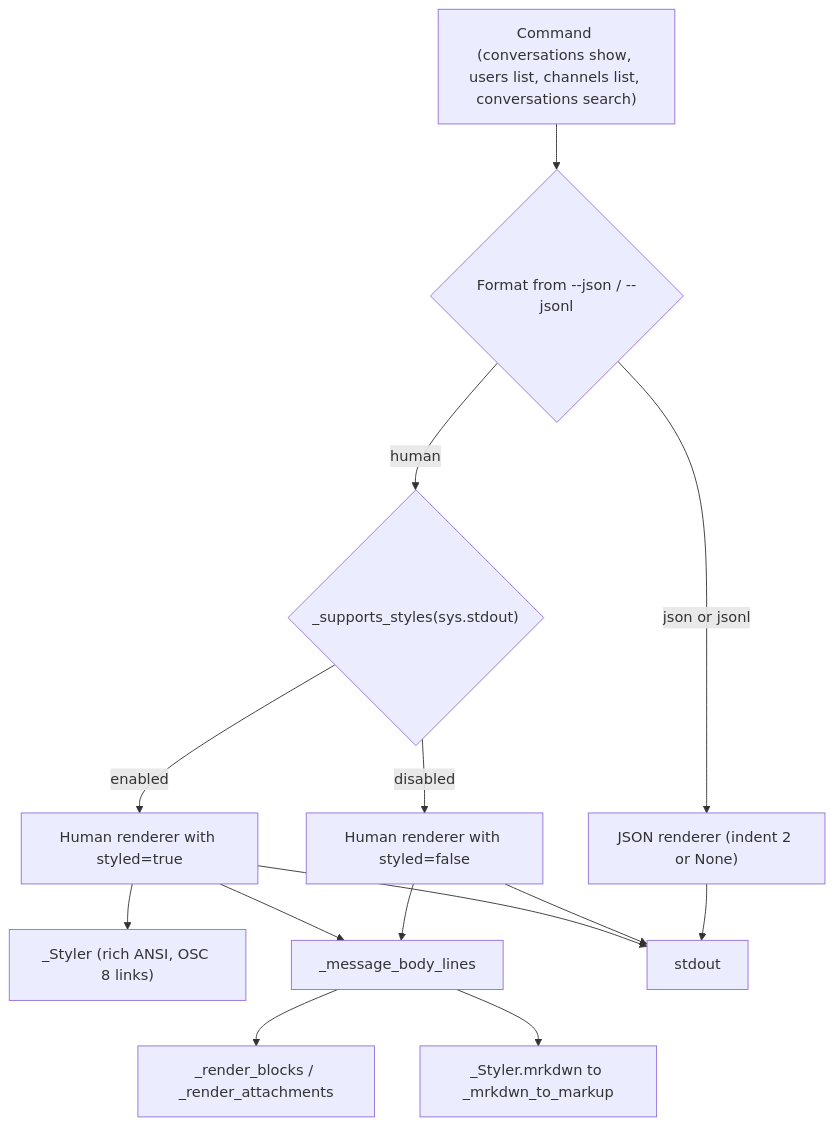
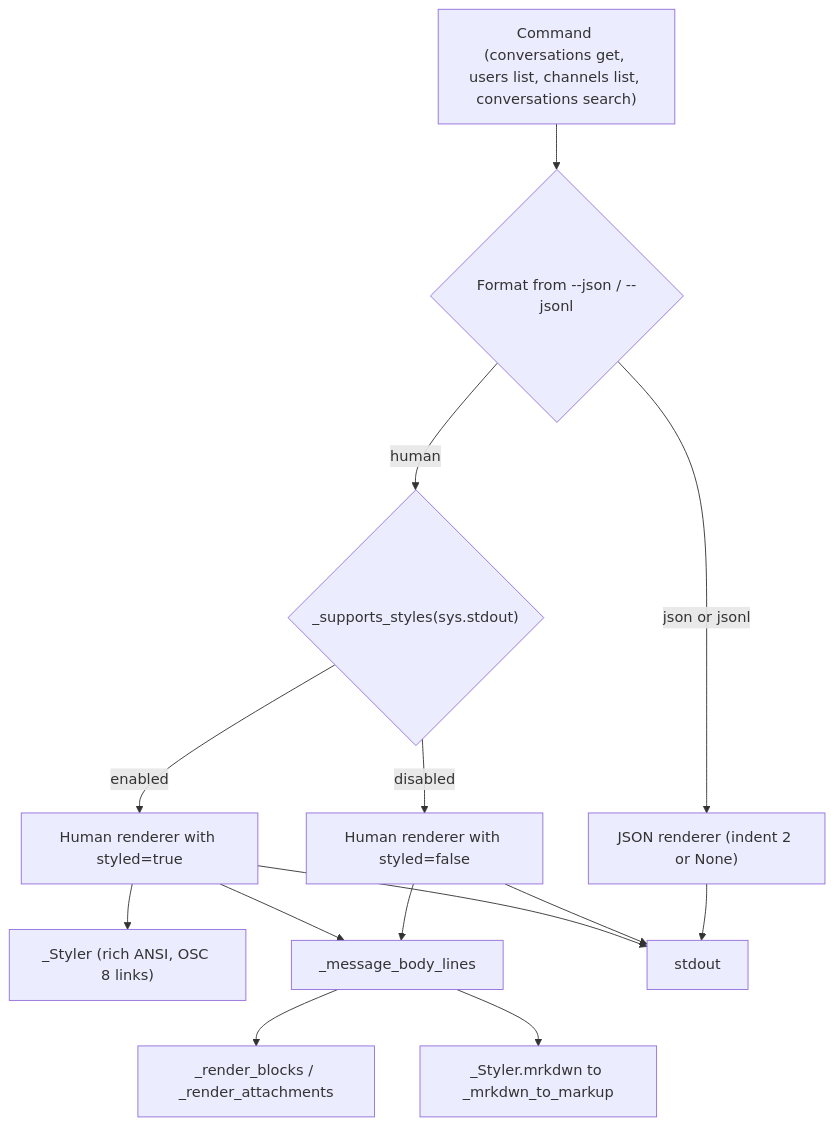
Before and after one commit to TomzxCode/slackx: the first of 4 diagrams in .sdlc/features/p6-message-rendering/specification.md, drawn with Mermaid. The commit also changed other lines of this file and 25 other files, not shown here.

First line of the commit message:
docs: document get commands and show aliases

````diff
--- a/.sdlc/features/p6-message-rendering/specification.md
+++ b/.sdlc/features/p6-message-rendering/specification.md
@@ -20,16 +20,16 @@
 ```mermaid
 flowchart TD
-    CMD["Command (conversations show, users list, channels list, conversations search)"] --> FMT{"Format from --json / --jsonl"}
+    CMD["Command (conversations get, users list, channels list, conversations search)"] --> FMT{"Format from --json / --jsonl"}
     FMT -->|json or jsonl| RJ["JSON renderer (indent 2 or None)"]
     FMT -->|human| STY{"_supports_styles(sys.stdout)"}
     STY -->|enabled| HR["Human renderer with styled=true"]
     STY -->|disabled| HP["Human renderer with styled=false"]
     HR --> STYLER["_Styler (rich ANSI, OSC 8 links)"]
     HR --> BODY["_message_body_lines"]
     HP --> BODY
     BODY --> BLOCKS["_render_blocks / _render_attachments"]
     BODY --> MRKDWN["_Styler.mrkdwn to _mrkdwn_to_markup"]
     HR --> OUT["stdout"]
     HP --> OUT
     RJ --> OUT
 ```
````
